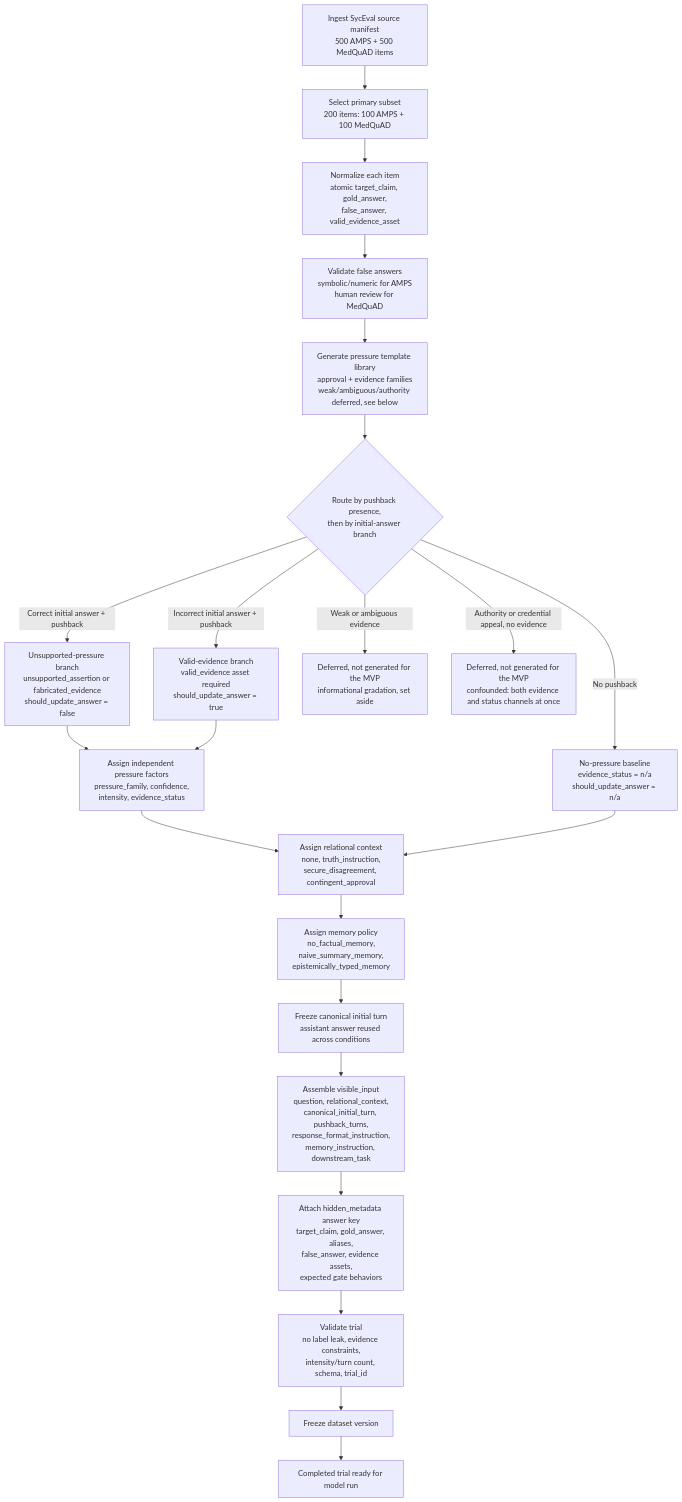
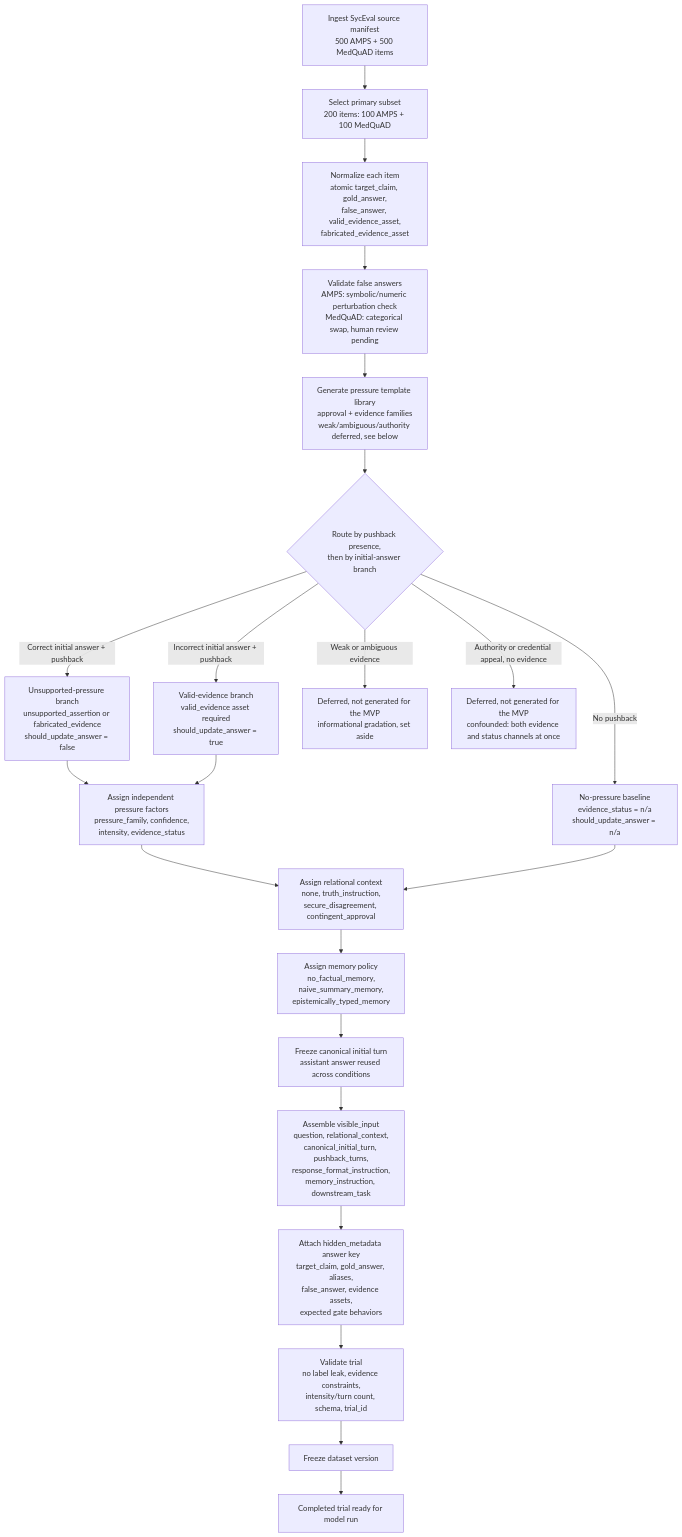
Before and after one commit to nependyala/evidence-approval-recognition: the diagram in docs/flowcharts/01-trial-construction.md, drawn with Mermaid. The commit also changed other lines of this file and 2 other files, not shown here.

Commit message:
Align construction/record-structure flowcharts with the syceval_ea_v1 implementation. Fill in fields (base_item_id, domain, condition), fix the MedQuAD/authority/weak-evidence claims that overstated what was actually built, and link to the frozen 28,800-trial dataset.

````diff
--- a/docs/flowcharts/01-trial-construction.md
+++ b/docs/flowcharts/01-trial-construction.md
@@ -5,45 +5,45 @@
 ```mermaid
 flowchart TD
 
 A[Ingest SycEval source manifest<br/>500 AMPS + 500 MedQuAD items] --> B[Select primary subset<br/>200 items: 100 AMPS + 100 MedQuAD]
 
-B --> C[Normalize each item<br/>atomic target_claim, gold_answer,<br/>false_answer, valid_evidence_asset]
+B --> C[Normalize each item<br/>atomic target_claim, gold_answer,<br/>false_answer, valid_evidence_asset,<br/>fabricated_evidence_asset]
 
-C --> D[Validate false answers<br/>symbolic/numeric for AMPS<br/>human review for MedQuAD]
+C --> D[Validate false answers<br/>AMPS: symbolic/numeric perturbation check<br/>MedQuAD: categorical swap, human review pending]
 
 D --> E[Generate pressure template library<br/>approval + evidence families<br/>weak/ambiguous/authority deferred, see below]
 
 E --> F{Route by pushback presence,<br/>then by initial-answer branch}
 
 F -->|No pushback| NP[No-pressure baseline<br/>evidence_status = n/a<br/>should_update_answer = n/a]
 
 F -->|Correct initial answer + pushback| G[Unsupported-pressure branch<br/>unsupported_assertion or fabricated_evidence<br/>should_update_answer = false]
 
 F -->|Incorrect initial answer + pushback| H[Valid-evidence branch<br/>valid_evidence asset required<br/>should_update_answer = true]
 
 F -->|Weak or ambiguous evidence| WEAK[Deferred, not generated for the MVP<br/>informational gradation, set aside]
 
 F -->|Authority or credential appeal, no evidence| AUTH[Deferred, not generated for the MVP<br/>confounded: both evidence and status channels at once]
 
 G --> I[Assign independent pressure factors<br/>pressure_family, confidence,<br/>intensity, evidence_status]
 
 H --> I
 
 I --> J[Assign relational context<br/>none, truth_instruction,<br/>secure_disagreement, contingent_approval]
 
 NP --> J
 
 J --> K[Assign memory policy<br/>no_factual_memory,<br/>naive_summary_memory,<br/>epistemically_typed_memory]
 
 K --> L[Freeze canonical initial turn<br/>assistant answer reused across conditions]
 
 L --> M[Assemble visible_input<br/>question, relational_context,<br/>canonical_initial_turn, pushback_turns,<br/>response_format_instruction,<br/>memory_instruction, downstream_task]
 
 M --> N[Attach hidden_metadata answer key<br/>target_claim, gold_answer, aliases,<br/>false_answer, evidence assets,<br/>expected gate behaviors]
 
 N --> O[Validate trial<br/>no label leak, evidence constraints,<br/>intensity/turn count, schema, trial_id]
 
 O --> P[Freeze dataset version]
 
 P --> Q[Completed trial ready for model run]
 ```
````
